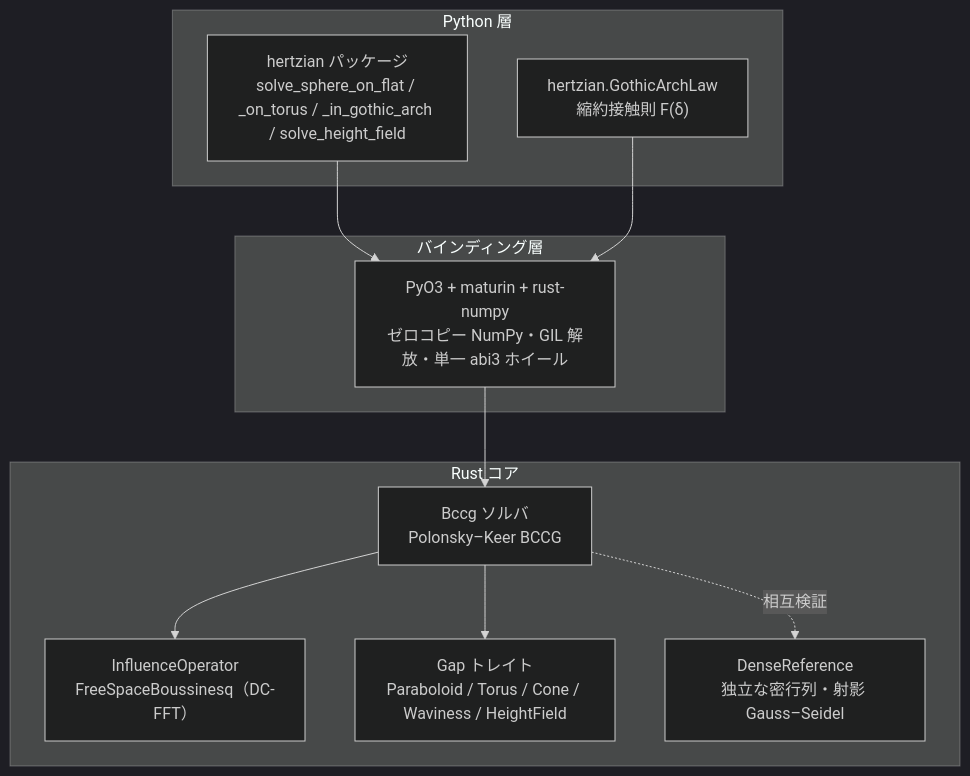
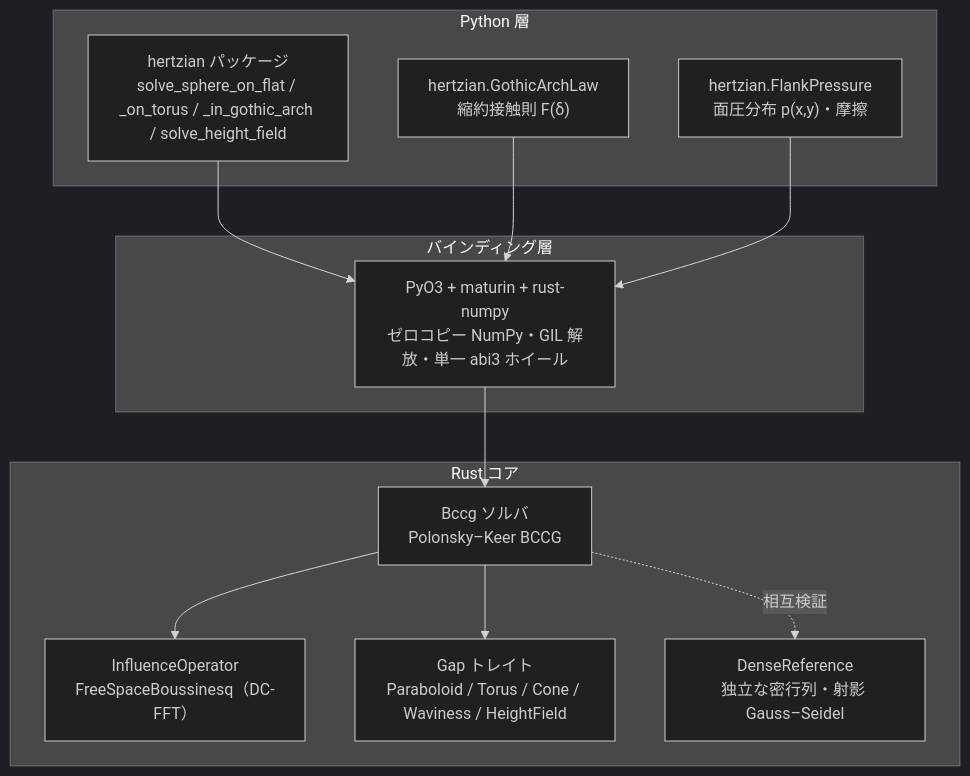
Before and after one commit to gyakusu/hertzian: the fourth of 7 diagrams in README.md, drawn with Mermaid (dark theme). The commit also changed other lines of this file and 11 other files, not shown here.

````diff
--- a/README.md
+++ b/README.md
@@ -128,22 +128,24 @@
 ```mermaid
 flowchart TB
     subgraph py["Python 層"]
         API["hertzian パッケージ<br/>solve_sphere_on_flat / _on_torus / _in_gothic_arch / solve_height_field"]
         LAW["hertzian.GothicArchLaw<br/>縮約接触則 F(δ)"]
+        PRES["hertzian.FlankPressure<br/>面圧分布 p(x,y)・摩擦"]
     end
     subgraph bind["バインディング層"]
         PYO3["PyO3 + maturin + rust-numpy<br/>ゼロコピー NumPy・GIL 解放・単一 abi3 ホイール"]
     end
     subgraph core["Rust コア"]
         SOLVER["Bccg ソルバ<br/>Polonsky–Keer BCCG"]
         INFL["InfluenceOperator<br/>FreeSpaceBoussinesq（DC-FFT）"]
         GAP["Gap トレイト<br/>Paraboloid / Torus / Cone / Waviness / HeightField"]
         REF["DenseReference<br/>独立な密行列・射影 Gauss–Seidel"]
     end
     API --> PYO3
     LAW --> PYO3
+    PRES --> PYO3
     PYO3 --> SOLVER
     SOLVER --> INFL
     SOLVER --> GAP
     SOLVER -. 相互検証 .-> REF
 ```
````
